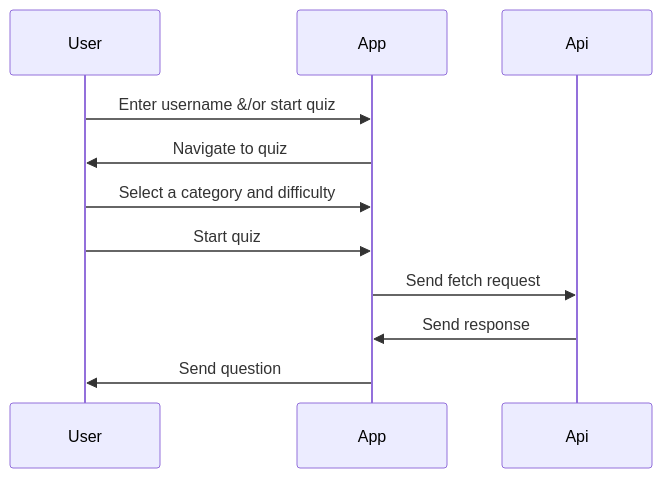
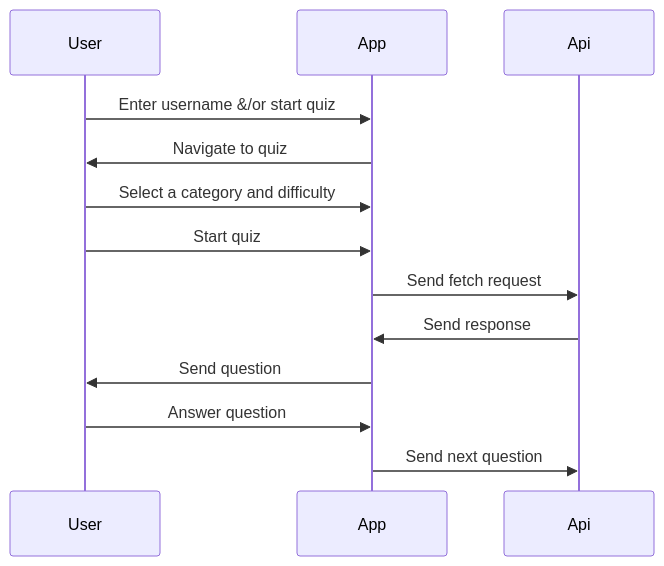
One commit to TheFullStackFred/fredrikstromberg-testing_typescipt-quiz_app changed the diagram in src/sequenceDiagram.md. Above: the diagram before and after it, drawn with Mermaid.

Commit message:
started on uml diagram

````diff
--- a/src/sequenceDiagram.md
+++ b/src/sequenceDiagram.md
@@ -1,14 +1,17 @@
 ```mermaid
 sequenceDiagram
     participant User
     participant App
     participant Api
 
     User->>App: Enter username &/or start quiz
     App->>User: Navigate to quiz
     User->>App: Select a category and difficulty
     User->>App: Start quiz
     App->>Api: Send fetch request
     Api->>App: Send response
     App->>User: Send question
+    User->>App: Answer question
+    App->>Api: Send next question
+
 ```
````
